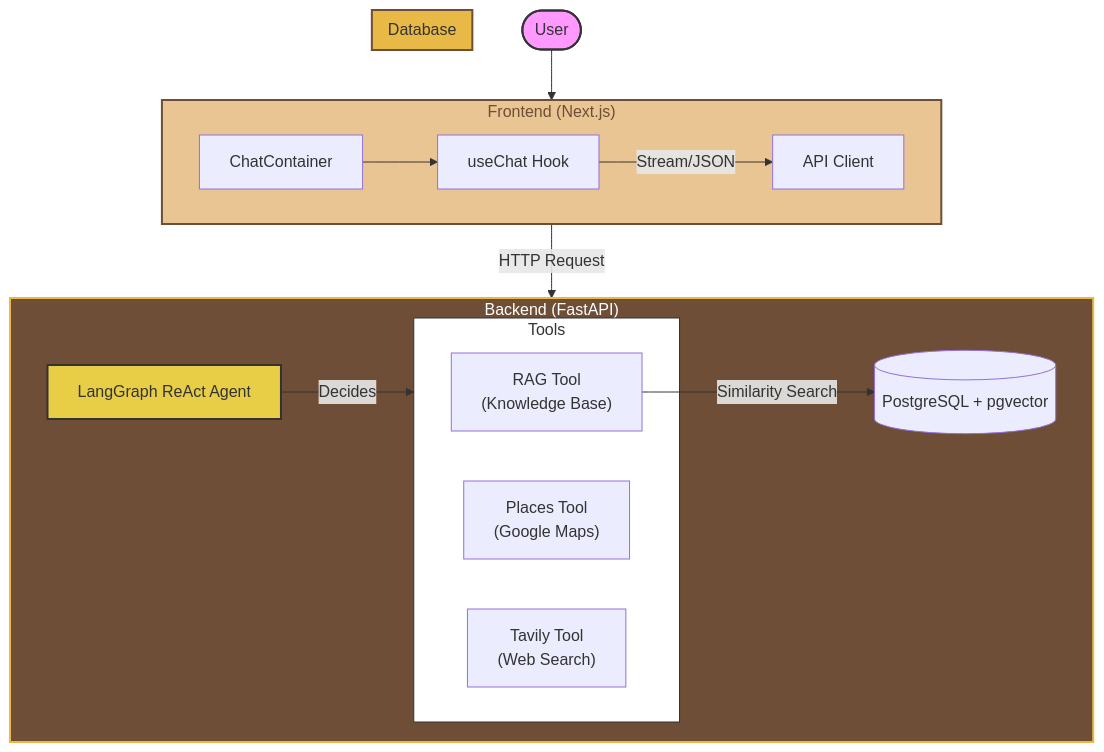
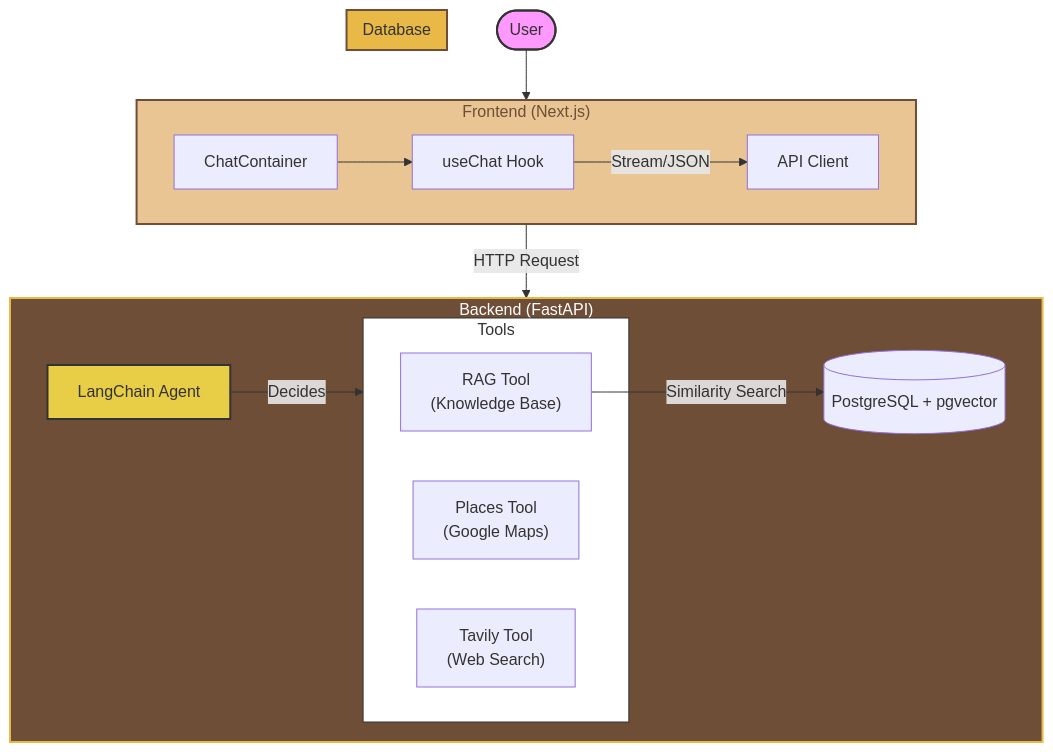
One commit to joaomoraski/brazilian-coffee-chatbot changed the first of 3 diagrams in README.md. Above: the diagram before and after it, drawn with Mermaid. The commit also changed other lines of this file and 4 other files, not shown here.

````diff
--- a/README.md
+++ b/README.md
@@ -41,35 +41,35 @@
 ```mermaid
 graph TD
     User([User]) --> Frontend[Next.js Frontend]
     
     subgraph Frontend["Frontend (Next.js)"]
         ChatContainer --> useChat[useChat Hook]
         useChat -->|Stream/JSON| API[API Client]
     end
     
     Frontend -->|HTTP Request| Backend[FastAPI Backend]
     
     subgraph Backend["Backend (FastAPI)"]
-        Agent[LangGraph ReAct Agent]
+        Agent[LangChain Agent]
         
         subgraph Tools
             RAG["RAG Tool<br/>(Knowledge Base)"]
             Places["Places Tool<br/>(Google Maps)"]
             Tavily["Tavily Tool<br/>(Web Search)"]
         end
         
         Agent -->|Decides| Tools
         RAG -->|Similarity Search| VectorDB
     end
     
     subgraph Database["Database"]
         VectorDB[(PostgreSQL + pgvector)]
     end
 
     style User fill:#f9f,stroke:#333,stroke-width:2px
     style Frontend fill:#E8C593,stroke:#6F4E37,stroke-width:2px,color:#6F4E37
     style Backend fill:#6F4E37,stroke:#E8B946,stroke-width:2px,color:white
     style Database fill:#E8B946,stroke:#6F4E37,stroke-width:2px
     style Agent fill:#E8CD46,stroke:#333,stroke-width:2px
     style Tools fill:#fff,stroke:#333,stroke-width:1px,color:#333
 ```
````
